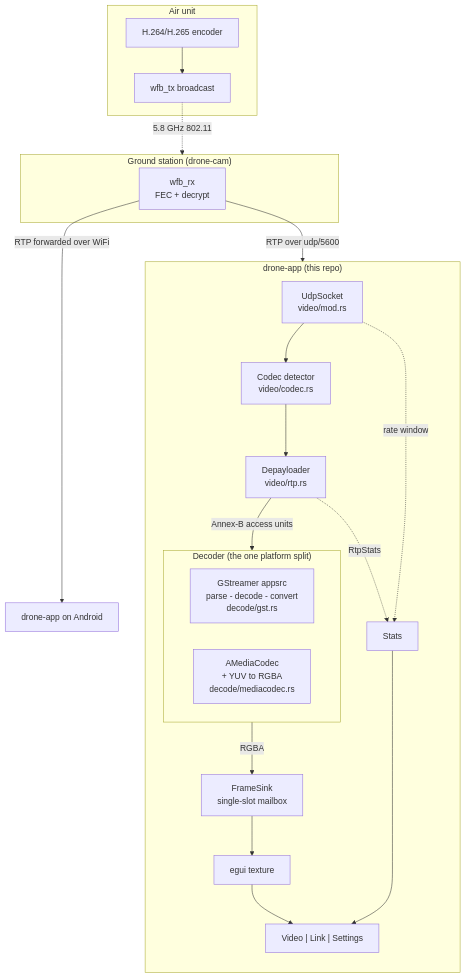
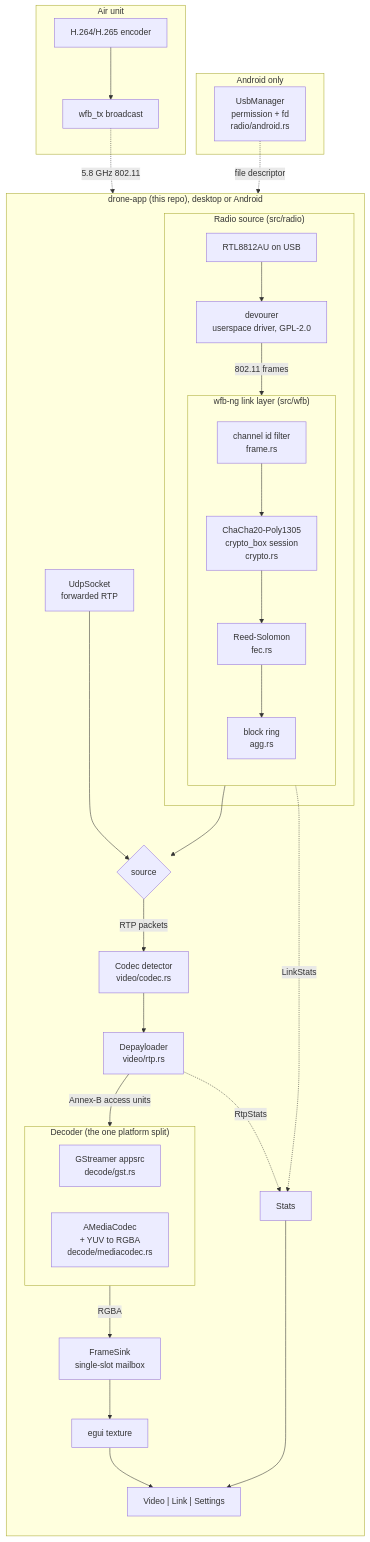
Before and after one commit to tmpk13/fpv-app: the diagram in README.md, drawn with Mermaid. The commit also changed other lines of this file and 35 other files, not shown here.

````diff
--- a/README.md
+++ b/README.md
@@ -38,37 +60,50 @@
 ```mermaid
 flowchart TB
     subgraph air["Air unit"]
         enc["H.264/H.265 encoder"] --> wtx["wfb_tx broadcast"]
     end
 
-    wtx -. "5.8 GHz 802.11" .-> gs
+    wtx -. "5.8 GHz 802.11" .-> dongle
 
-    subgraph gs["Ground station (drone-cam)"]
-        rx["wfb_rx<br/>FEC + decrypt"]
-    end
+    subgraph app["drone-app (this repo), desktop or Android"]
+        direction TB
 
-    rx -->|"RTP over udp/5600"| app
+        subgraph radio["Radio source (src/radio)"]
+            dongle["RTL8812AU on USB"] --> dv["devourer<br/>userspace driver, GPL-2.0"]
+            dv -->|"802.11 frames"| wfb
+        end
 
-    subgraph app["drone-app (this repo)"]
-        direction TB
-        sock["UdpSocket<br/>video/mod.rs"] --> det["Codec detector<br/>video/codec.rs"]
+        subgraph wfb["wfb-ng link layer (src/wfb)"]
+            direction TB
+            filt["channel id filter<br/>frame.rs"] --> crypt["ChaCha20-Poly1305<br/>crypto_box session<br/>crypto.rs"]
+            crypt --> fec["Reed-Solomon<br/>fec.rs"]
+            fec --> agg["block ring<br/>agg.rs"]
+        end
+
+        udp["UdpSocket<br/>forwarded RTP"] --> pick
+        agg --> pick{"source"}
+
+        pick -->|"RTP packets"| det["Codec detector<br/>video/codec.rs"]
         det --> depay["Depayloader<br/>video/rtp.rs"]
         depay -->|"Annex-B access units"| dec
 
         subgraph dec["Decoder (the one platform split)"]
             direction LR
-            gst["GStreamer appsrc<br/>parse - decode - convert<br/>decode/gst.rs"]
+            gst["GStreamer appsrc<br/>decode/gst.rs"]
             mc["AMediaCodec<br/>+ YUV to RGBA<br/>decode/mediacodec.rs"]
         end
 
         dec -->|RGBA| sink["FrameSink<br/>single-slot mailbox"]
         sink --> tex["egui texture"]
-        depay -.->|"RtpStats"| stats["Stats"]
-        sock -.->|"rate window"| stats
+        agg -.->|"LinkStats"| stats["Stats"]
+        depay -.->|"RtpStats"| stats
 
         tex --> pages
         stats --> pages["Video | Link | Settings"]
     end
 
-    rx -->|"RTP forwarded over WiFi"| phone["drone-app on Android"]
+    subgraph jvm["Android only"]
+        usb["UsbManager<br/>permission + fd<br/>radio/android.rs"]
+    end
+    usb -.->|"file descriptor"| dv
 ```
````
